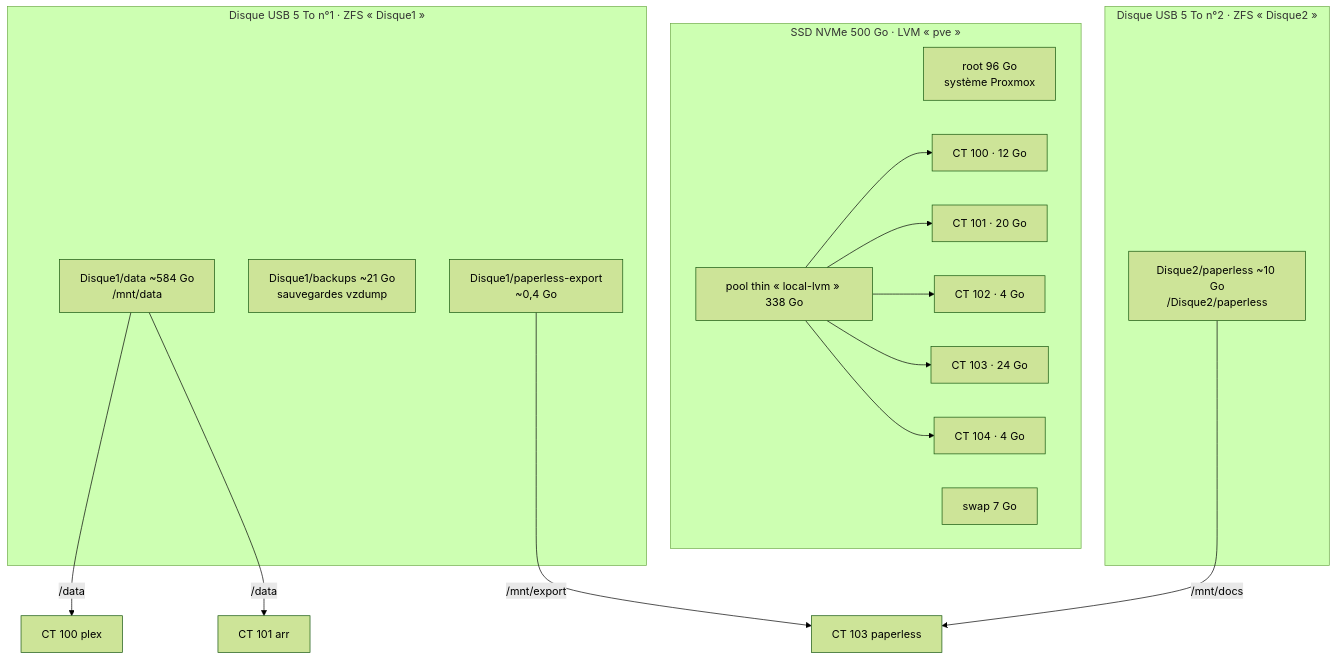
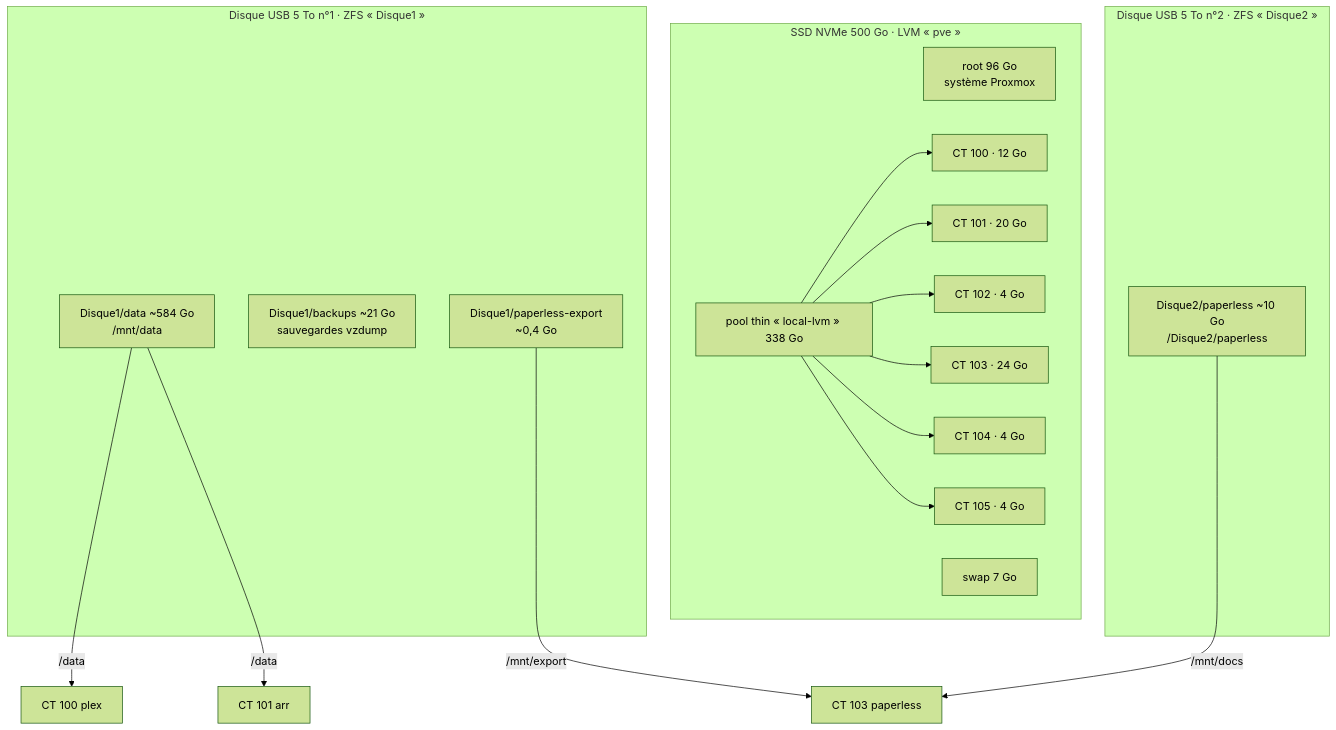
The third of 4 diagrams in docs/schemas.md (BksSidAhmed/infra-pve), drawn with Mermaid (forest theme) before and after one commit. The commit also changed other lines of this file and 13 other files, not shown here.

````diff
--- a/docs/schemas.md
+++ b/docs/schemas.md
@@ -76,25 +78,26 @@
 ```mermaid
 flowchart TB
     subgraph nvme["SSD NVMe 500 Go · LVM « pve »"]
         root["root 96 Go<br/>système Proxmox"]
         swap["swap 7 Go"]
         thin["pool thin « local-lvm » 338 Go"]
         thin --> d100["CT 100 · 12 Go"]
         thin --> d101["CT 101 · 20 Go"]
         thin --> d102["CT 102 · 4 Go"]
         thin --> d103["CT 103 · 24 Go"]
         thin --> d104["CT 104 · 4 Go"]
+        thin --> d105["CT 105 · 4 Go"]
     end
     subgraph usb1["Disque USB 5 To n°1 · ZFS « Disque1 »"]
         data["Disque1/data ~584 Go<br/>/mnt/data"]
         bk["Disque1/backups ~21 Go<br/>sauvegardes vzdump"]
         pexp["Disque1/paperless-export<br/>~0,4 Go"]
     end
     subgraph usb2["Disque USB 5 To n°2 · ZFS « Disque2 »"]
         pdocs["Disque2/paperless ~10 Go<br/>/Disque2/paperless"]
     end
     data -->|"/data"| c100["CT 100 plex"]
     data -->|"/data"| c101["CT 101 arr"]
     pdocs -->|"/mnt/docs"| c103["CT 103 paperless"]
     pexp -->|"/mnt/export"| c103
 ```
````
